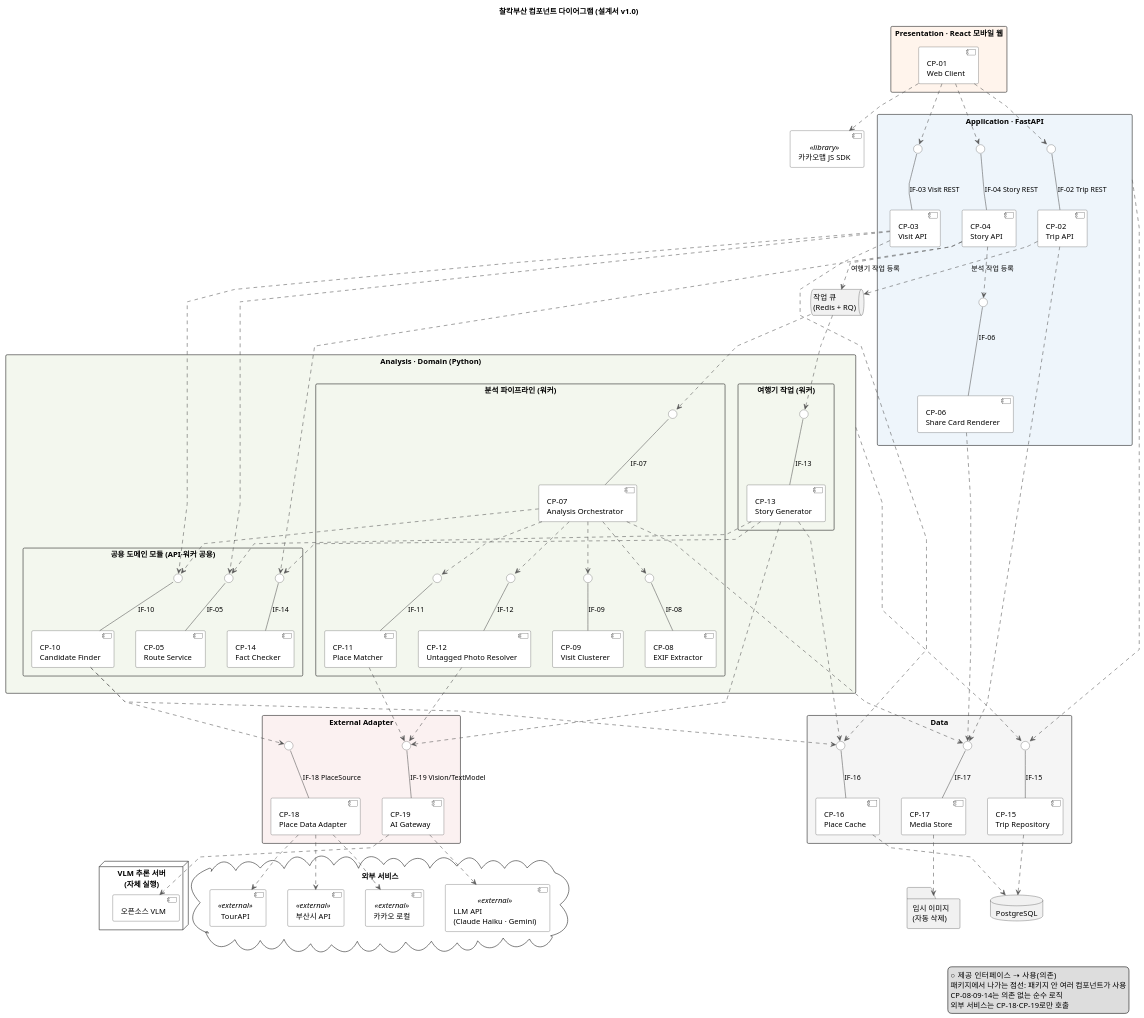
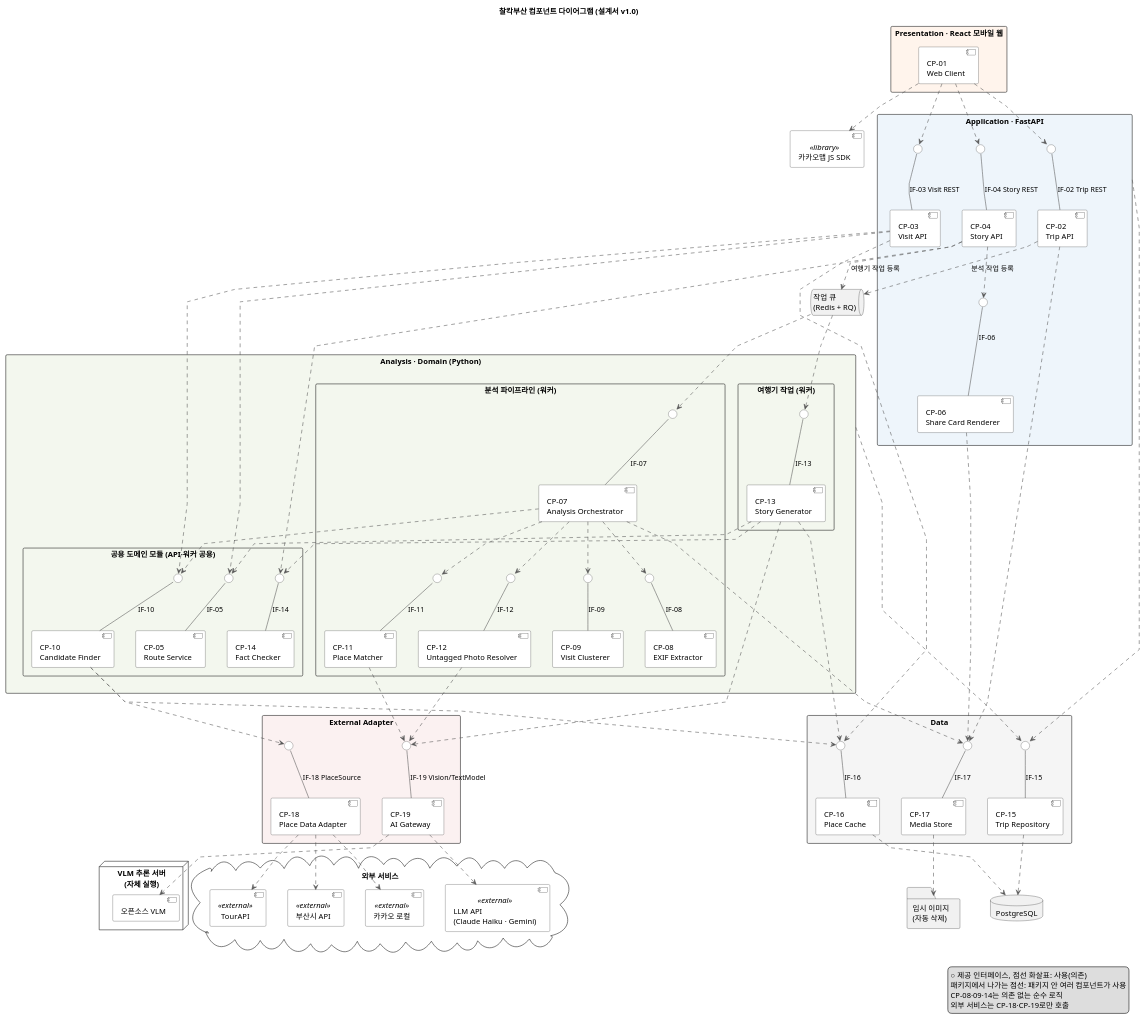
One commit to gokimkh123/SWEngineering-project-10 changed the diagram in docs/04-design/component-diagram.puml. Above: the diagram before and after it, drawn with PlantUML. The commit also changed 11 other files, not shown here.

First line of the commit message:
docs: 문어체 개조식으로 정리, 컴포넌트 다이어그램 다시 렌더링

```diff
--- a/docs/04-design/component-diagram.puml
+++ b/docs/04-design/component-diagram.puml
@@ -1,179 +1,179 @@
 @startuml
 ' 찰칵부산 컴포넌트 다이어그램 — 설계서 v1.0 3.3절
-' Visual Paradigm VPasCode로 렌더링 → component-diagram.png
+' PlantUML로 렌더링 → component-diagram.png (Visual Paradigm VPasCode에서도 같은 코드로 열림)
 title 찰칵부산 컴포넌트 다이어그램 (설계서 v1.0)
 
 skinparam componentStyle uml2
 skinparam shadowing false
 skinparam packageStyle rectangle
 skinparam nodesep 40
 skinparam ranksep 60
 skinparam ArrowColor #555555
 skinparam linetype polyline
 skinparam component {
   BackgroundColor #FFFFFF
   BorderColor #333333
 }
 skinparam interface {
   BackgroundColor #FFFFFF
   BorderColor #333333
 }
 
 package "Presentation · React 모바일 웹" #FFF4EC {
   [CP-01\nWeb Client] as CP01
 }
 
 [카카오맵 JS SDK] <<library>> as KMAP
 
 package "Application · FastAPI" as PKG_APP #EEF5FB {
   [CP-02\nTrip API] as CP02
   [CP-03\nVisit API] as CP03
   [CP-04\nStory API] as CP04
   [CP-06\nShare Card Renderer] as CP06
   () " " as IF02
   () " " as IF03
   () " " as IF04
   () " " as IF06
 }
 
 queue "작업 큐\n(Redis + RQ)" as Q
 
 package "Analysis · Domain (Python)" as PKG_ANA #F3F7EE {
   package "분석 파이프라인 (워커)" {
     [CP-07\nAnalysis Orchestrator] as CP07
     [CP-08\nEXIF Extractor] as CP08
     [CP-09\nVisit Clusterer] as CP09
     [CP-11\nPlace Matcher] as CP11
     [CP-12\nUntagged Photo Resolver] as CP12
     () " " as IF07
     () " " as IF08
     () " " as IF09
     () " " as IF11
     () " " as IF12
   }
   package "여행기 작업 (워커)" {
     [CP-13\nStory Generator] as CP13
     () " " as IF13
   }
   package "공용 도메인 모듈 (API·워커 공용)" {
     [CP-05\nRoute Service] as CP05
     [CP-10\nCandidate Finder] as CP10
     [CP-14\nFact Checker] as CP14
     () " " as IF05
     () " " as IF10
     () " " as IF14
   }
 }
 
 package "Data" #F5F5F5 {
   [CP-15\nTrip Repository] as CP15
   [CP-16\nPlace Cache] as CP16
   [CP-17\nMedia Store] as CP17
   () " " as IF15
   () " " as IF16
   () " " as IF17
 }
 
 package "External Adapter" #FBF1F1 {
   [CP-18\nPlace Data Adapter] as CP18
   [CP-19\nAI Gateway] as CP19
   () " " as IF18
   () " " as IF19
 }
 
 cloud "외부 서비스" {
   [TourAPI] <<external>> as TOUR
   [부산시 API] <<external>> as BUSAN
   [카카오 로컬] <<external>> as KAKAO
   [LLM API\n(Claude Haiku · Gemini)] <<external>> as LLM
 }
 
 node "VLM 추론 서버\n(자체 실행)" {
   [오픈소스 VLM] as VLMS
 }
 
 database "PostgreSQL" as PG
 folder "임시 이미지\n(자동 삭제)" as TMP
 
 ' ── 제공 인터페이스 (lollipop)
 CP02 -up- IF02 : IF-02 Trip REST
 CP03 -up- IF03 : IF-03 Visit REST
 CP04 -up- IF04 : IF-04 Story REST
 CP06 -up- IF06 : IF-06
 CP05 -up- IF05 : IF-05
 CP07 -up- IF07 : IF-07
 CP08 -up- IF08 : IF-08
 CP09 -up- IF09 : IF-09
 CP10 -up- IF10 : IF-10
 CP11 -up- IF11 : IF-11
 CP12 -up- IF12 : IF-12
 CP13 -up- IF13 : IF-13
 CP14 -up- IF14 : IF-14
 CP15 -up- IF15 : IF-15
 CP16 -up- IF16 : IF-16
 CP17 -up- IF17 : IF-17
 CP18 -up- IF18 : IF-18 PlaceSource
 CP19 -up- IF19 : IF-19 Vision/TextModel
 
 ' ── Presentation
 CP01 ..> IF02
 CP01 ..> IF03
 CP01 ..> IF04
 CP01 ..> KMAP
 
 ' ── Application
 CP02 ..> Q : 분석 작업 등록
 CP02 ..> IF17
 CP03 ..> IF05
 CP03 ..> IF10
 CP03 ..> IF16
 CP04 ..> Q : 여행기 작업 등록
 CP04 ..> IF14
 CP04 ..> IF06
 CP06 ..> IF17
 
 ' ── 작업 큐 → 워커
 Q ..> IF07
 Q ..> IF13
 
 ' ── 분석 파이프라인
 CP07 ..> IF08
 CP07 ..> IF09
 CP07 ..> IF10
 CP07 ..> IF11
 CP07 ..> IF12
 CP07 ..> IF17
 CP11 ..> IF19
 CP12 ..> IF19
 
 ' ── 여행기 작업
 CP13 ..> IF19
 CP13 ..> IF14
 CP13 ..> IF05
 CP13 ..> IF16
 
 ' ── 공용 도메인 모듈
 CP10 ..> IF18
 CP10 ..> IF16
 
 ' ── Trip Repository는 거의 모든 컴포넌트가 쓰므로 패키지 단위로 표시
 PKG_APP ..> IF15
 PKG_ANA ..> IF15
 
 ' ── Data / External
 CP15 ..> PG
 CP16 ..> PG
 CP17 ..> TMP
 CP18 ..> TOUR
 CP18 ..> BUSAN
 CP18 ..> KAKAO
 CP19 ..> LLM
 CP19 ..> VLMS
 
 legend right
-  ○ 제공 인터페이스   ⇢ 사용(의존)
+  ○ 제공 인터페이스, 점선 화살표: 사용(의존)
   패키지에서 나가는 점선: 패키지 안 여러 컴포넌트가 사용
   CP-08·09·14는 의존 없는 순수 로직
   외부 서비스는 CP-18·CP-19로만 호출
 endlegend
 @enduml
```
